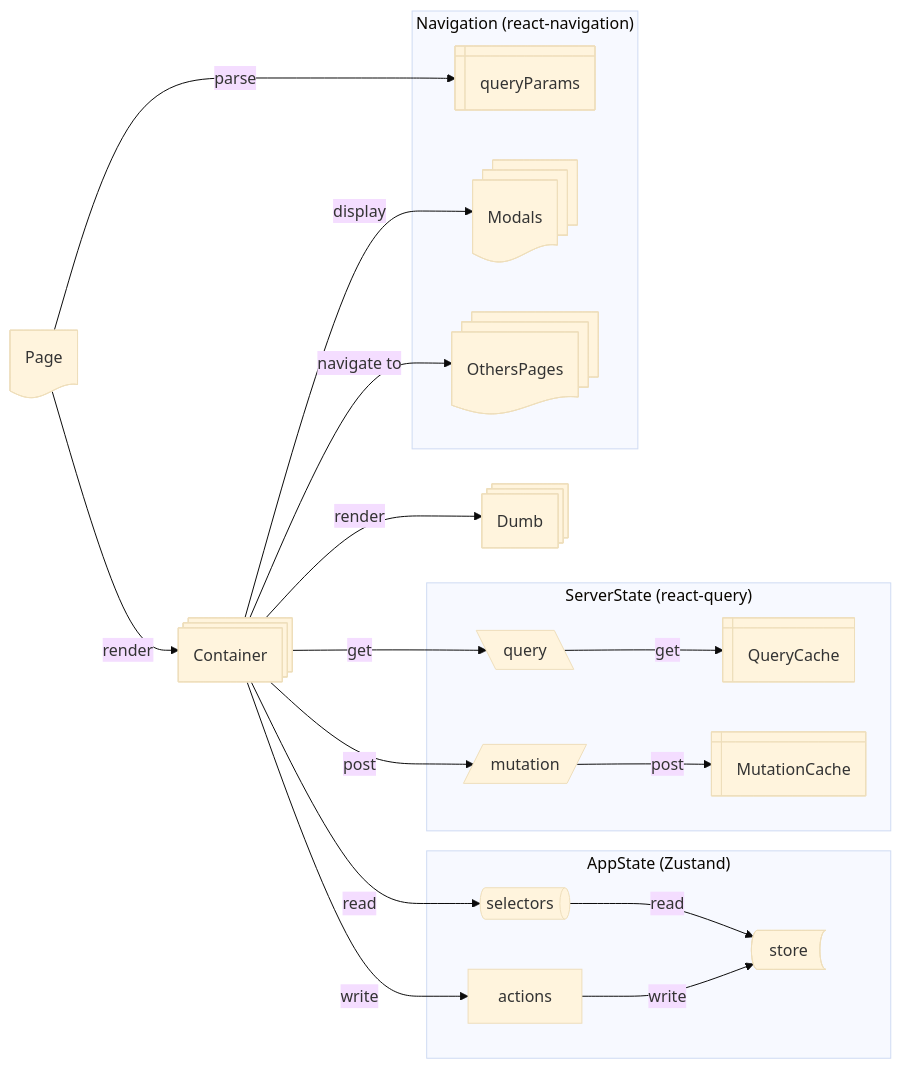
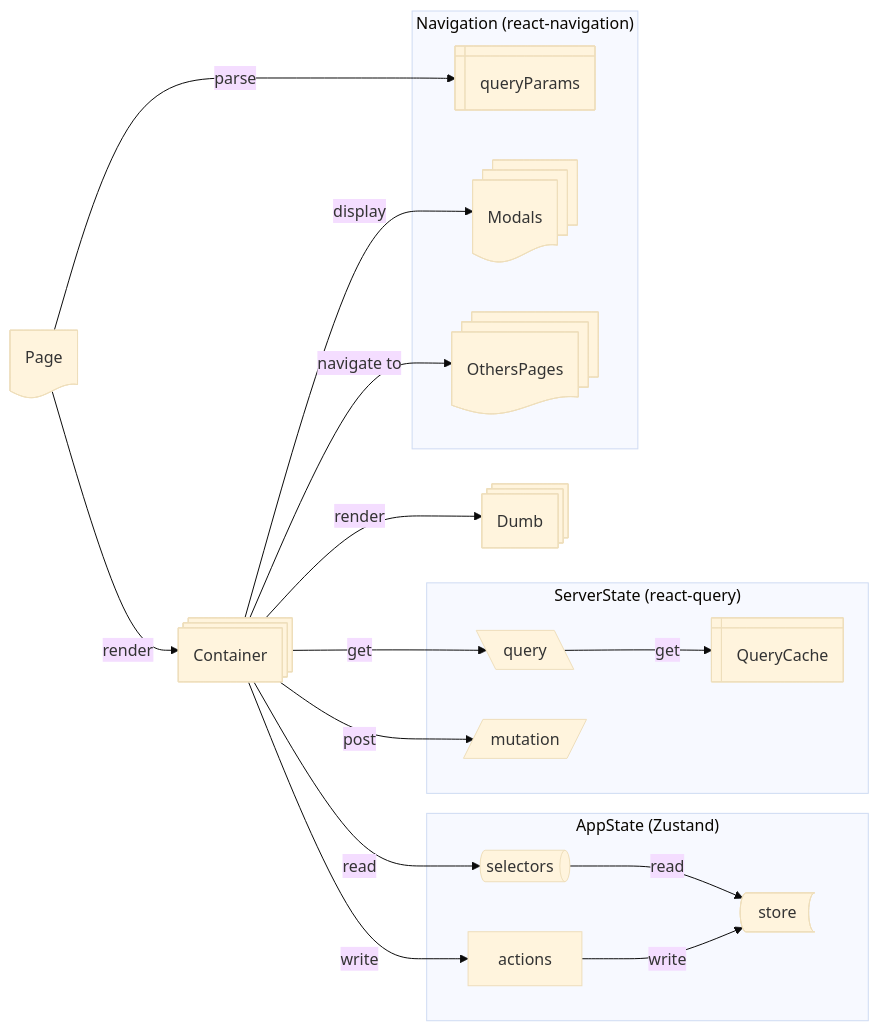
Before and after one commit to pass-culture/pass-culture-app-native: the fourth of 7 diagrams in audit.md, drawn with Mermaid (base theme). The commit also changed other lines of this file, not shown here.

````diff
--- a/audit.md
+++ b/audit.md
@@ -326,37 +336,36 @@
 ```mermaid
 flowchart LR
   subgraph AppState["AppState (Zustand)"]
     selectors@{ shape: das }
     actions
     store@{ shape: bow-rect }
 
     selectors -->|read| store
     actions -->|write| store
   end
 
   subgraph ServerState["ServerState (react-query)"]
     query@{ shape: lean-l }
     mutation@{ shape: lean-r }
 
     query -->|get| QueryCache@{ shape: win-pane }
-    mutation -->|post| MutationCache@{ shape: win-pane }
   end
 
   subgraph Navigation["Navigation (react-navigation)"]
     queryParams@{ shape: win-pane }
     Modals@{ shape: processes }
     OthersPages@{ shape: processes }
   end
 
   Page@{ shape: doc }
   -->|render| Container@{ shape: processes }
   -->|render| Dumb@{ shape: processes }
 
   Page -->|parse| queryParams
   Container -->|read| selectors
   Container -->|write| actions
   Container -->|get| query
   Container -->|post| mutation
   Container -->|display| Modals@{ shape: docs }
   Container -->|navigate to| OthersPages@{ shape: docs }
 ```
````
